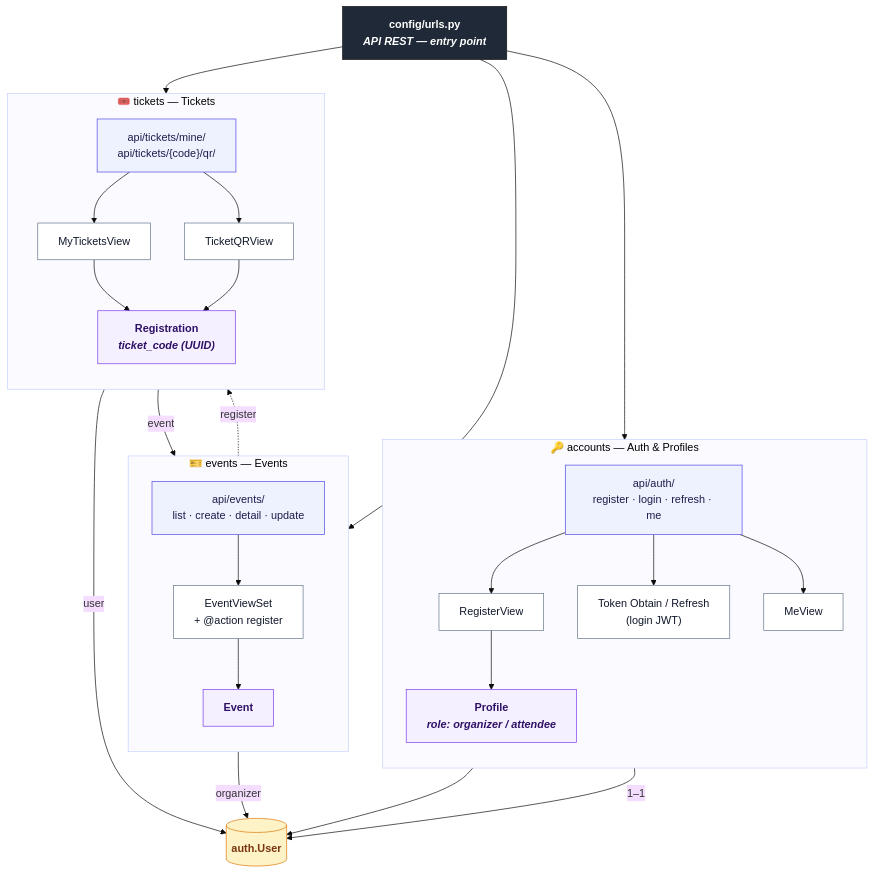
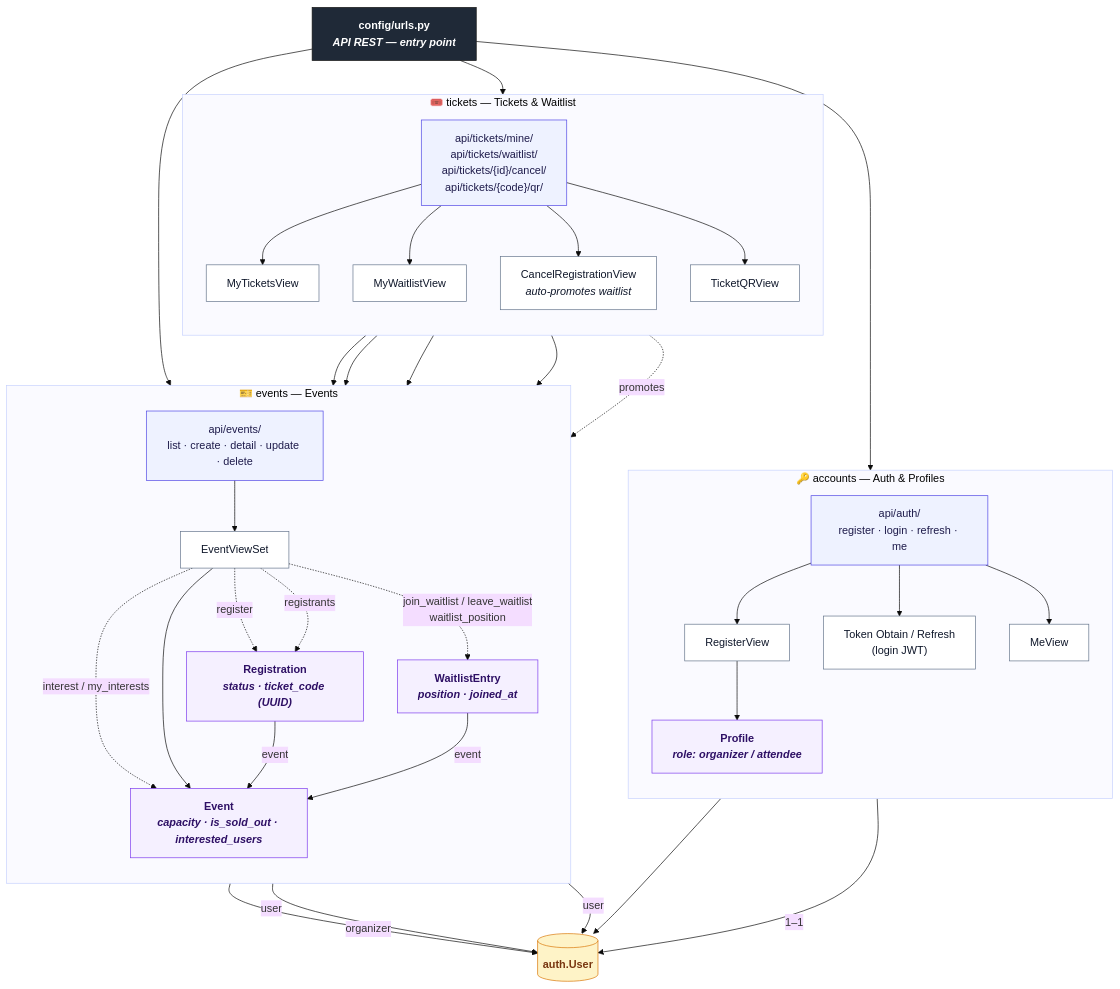
The diagram in README.md (TobogganDev/shotgun_django), drawn with Mermaid (base theme) before and after one commit. The commit also changed other lines of this file, not shown here.

Commit message:
feat: enhance event and ticketing flow with waitlist functionality

````diff
--- a/README.md
+++ b/README.md
@@ -73,55 +73,66 @@
 ```mermaid
 flowchart TB
     ROOT["config/urls.py<br/><i>API REST — entry point</i>"]:::entry
 
     subgraph ACCOUNTS["🔑 accounts — Auth & Profiles"]
       direction TB
       A_URL["api/auth/<br/>register · login · refresh · me"]:::url
       A_URL --> REGV["RegisterView"]:::view
       A_URL --> JWTV["Token Obtain / Refresh<br/>(login JWT)"]:::view
       A_URL --> MEV["MeView"]:::view
       PROFILE["Profile<br/><i>role: organizer / attendee</i>"]:::model
     end
 
     subgraph EVENTS["🎫 events — Events"]
       direction TB
-      E_URL["api/events/<br/>list · create · detail · update"]:::url
-      E_URL --> EVS["EventViewSet<br/>+ @action register"]:::view
-      EVENT["Event"]:::model
+      E_URL["api/events/<br/>list · create · detail · update · delete"]:::url
+      E_URL --> EVS["EventViewSet"]:::view
+      EVS -. "register" .-> REGM
+      EVS -. "interest / my_interests" .-> EVENT
+      EVS -. "registrants" .-> REGM
+      EVS -. "join_waitlist / leave_waitlist<br/>waitlist_position" .-> WLE
+      EVENT["Event<br/><i>capacity · is_sold_out · interested_users</i>"]:::model
     end
 
-    subgraph TICKETS["🎟️ tickets — Tickets"]
+    subgraph TICKETS["🎟️ tickets — Tickets & Waitlist"]
       direction TB
-      T_URL["api/tickets/mine/<br/>api/tickets/{code}/qr/"]:::url
+      T_URL["api/tickets/mine/<br/>api/tickets/waitlist/<br/>api/tickets/{id}/cancel/<br/>api/tickets/{code}/qr/"]:::url
       T_URL --> MTV["MyTicketsView"]:::view
+      T_URL --> MWLV["MyWaitlistView"]:::view
+      T_URL --> CRV["CancelRegistrationView<br/><i>auto-promotes waitlist</i>"]:::view
       T_URL --> QRV["TicketQRView"]:::view
-      REGM["Registration<br/><i>ticket_code (UUID)</i>"]:::model
+      REGM["Registration<br/><i>status · ticket_code (UUID)</i>"]:::model
+      WLE["WaitlistEntry<br/><i>position · joined_at</i>"]:::model
     end
 
     ROOT --> A_URL
     ROOT --> E_URL
     ROOT --> T_URL
 
     REGV --> PROFILE
     MEV --> USER
     EVS --> EVENT
     MTV --> REGM
+    MWLV --> WLE
     QRV --> REGM
-    EVS -. "register" .-> REGM
+    CRV --> REGM
+    CRV -. "promotes" .-> WLE
 
     USER[("auth.User")]:::user
     PROFILE -- "1–1" --> USER
     EVENT -- "organizer" --> USER
     REGM -- "user" --> USER
     REGM -- "event" --> EVENT
+    WLE -- "user" --> USER
+    WLE -- "event" --> EVENT
 
     classDef entry fill:#1f2937,stroke:#111,color:#fff,font-weight:bold;
     classDef url fill:#eef2ff,stroke:#4f46e5,color:#1e1b4b;
     classDef view fill:#ffffff,stroke:#64748b,color:#0f172a;
     classDef model fill:#f5f0ff,stroke:#7c3aed,color:#2e1065,font-weight:bold;
     classDef user fill:#fef3c7,stroke:#d97706,color:#78350f,font-weight:bold;
 
     style ACCOUNTS fill:#fafaff,stroke:#c7d2fe,color:#000;
     style EVENTS fill:#fafaff,stroke:#c7d2fe,color:#000;
     style TICKETS fill:#fafaff,stroke:#c7d2fe,color:#000;
 ```
````
